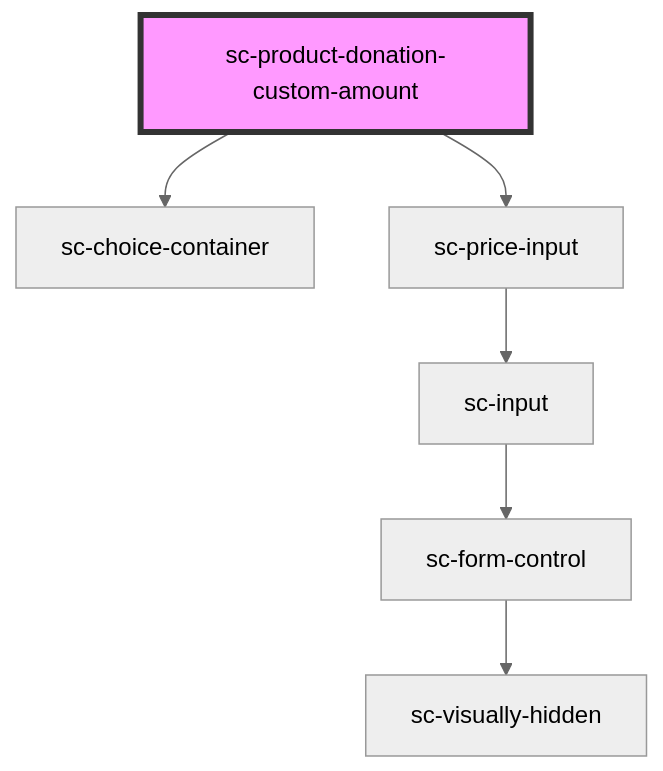
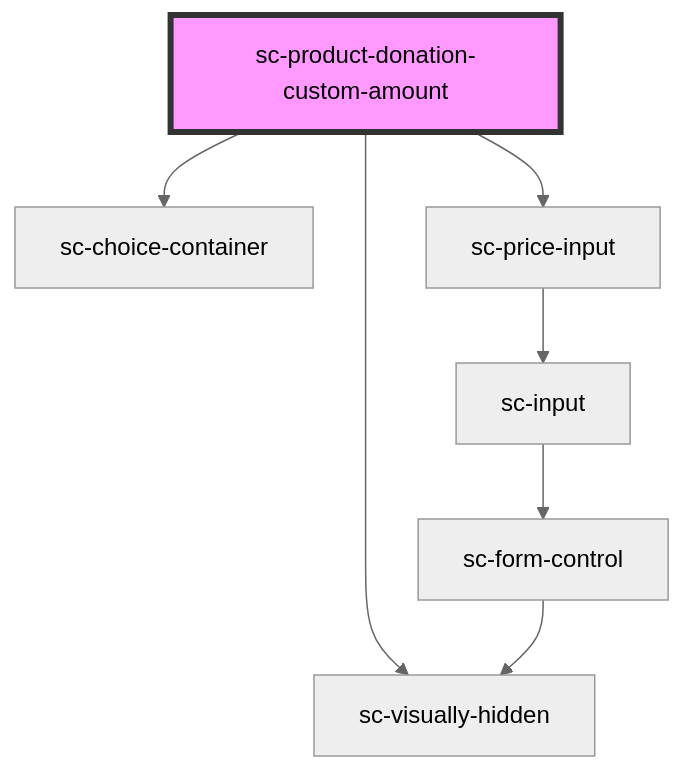
Before and after one commit to surecart/surecart-wp-plugin: the diagram in packages/components/src/components/controllers/checkout-form/product-donation-custom-amount/readme.md, drawn with Mermaid (neutral theme). The commit also changed other lines of this file and 15 other files, not shown here.

````diff
--- a/packages/components/src/components/controllers/checkout-form/product-donation-custom-amount/readme.md
+++ b/packages/components/src/components/controllers/checkout-form/product-donation-custom-amount/readme.md
@@ -24,9 +25,10 @@
 ```mermaid
 graph TD;
   sc-product-donation-custom-amount --> sc-choice-container
+  sc-product-donation-custom-amount --> sc-visually-hidden
   sc-product-donation-custom-amount --> sc-price-input
   sc-price-input --> sc-input
   sc-input --> sc-form-control
   sc-form-control --> sc-visually-hidden
   style sc-product-donation-custom-amount fill:#f9f,stroke:#333,stroke-width:4px
 ```
````
